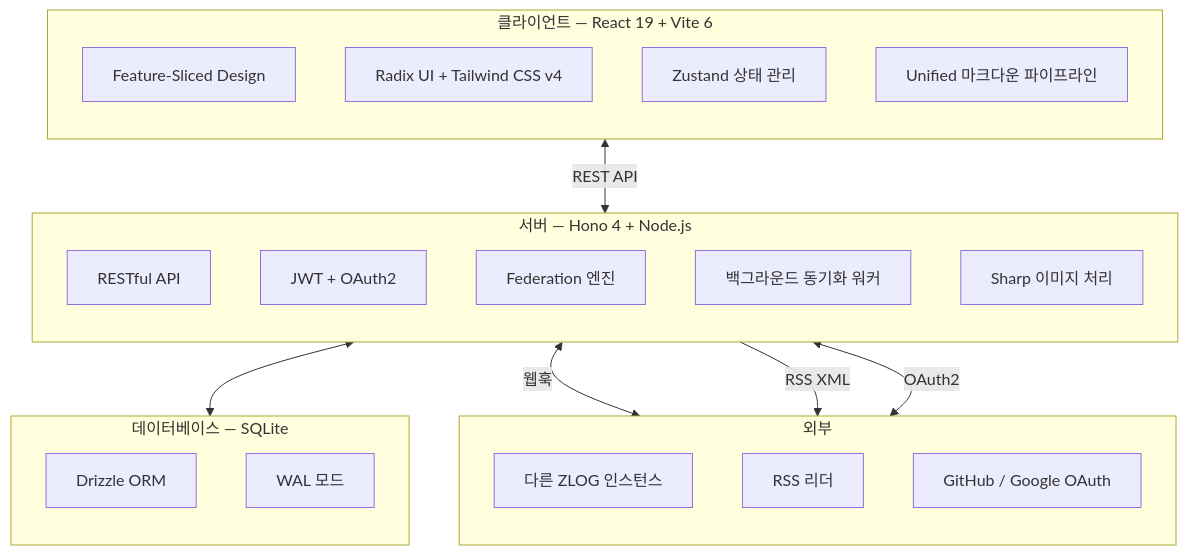
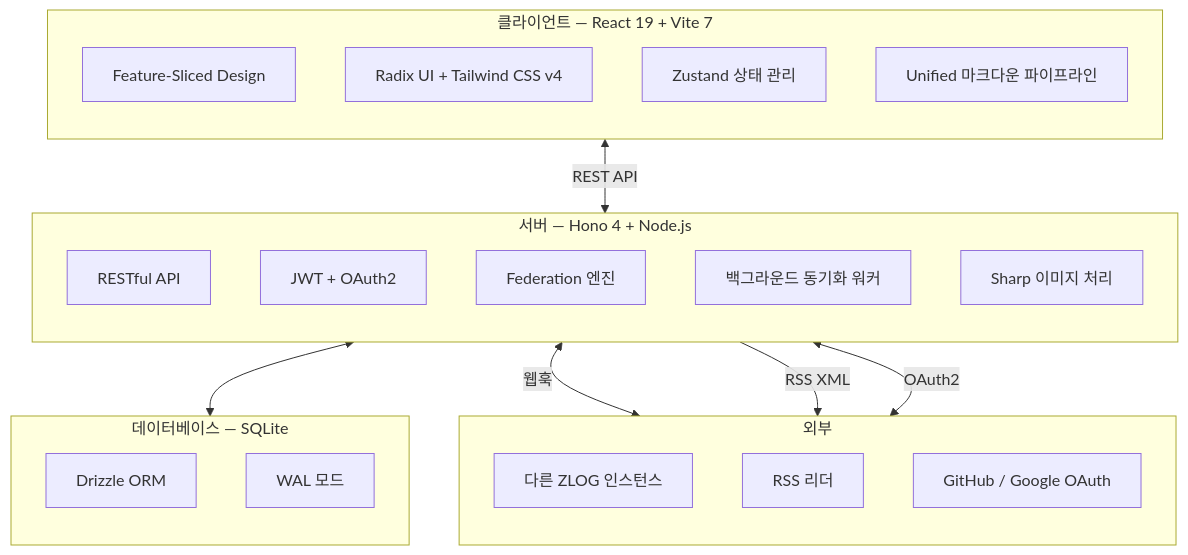
One commit to zebra0303/zlog changed the fourth of 4 diagrams in README.ko.md. Above: the diagram before and after it, drawn with Mermaid. The commit also changed other lines of this file and 1 other file, not shown here.

First line of the commit message:
docs: update system architecture and feature list

````diff
--- a/README.ko.md
+++ b/README.ko.md
@@ -284,38 +290,38 @@
 ```mermaid
 flowchart TB
-    subgraph client [클라이언트 — React 19 + Vite 6]
+    subgraph client [클라이언트 — React 19 + Vite 7]
         direction TB
         FSD[Feature-Sliced Design]
         UI[Radix UI + Tailwind CSS v4]
         State[Zustand 상태 관리]
         MD[Unified 마크다운 파이프라인]
     end
 
     subgraph server [서버 — Hono 4 + Node.js]
         direction TB
         API[RESTful API]
         Auth[JWT + OAuth2]
         Fed[Federation 엔진]
         Sync[백그라운드 동기화 워커]
         Img[Sharp 이미지 처리]
     end
 
     subgraph db [데이터베이스 — SQLite]
         direction TB
         Drizzle[Drizzle ORM]
         WAL[WAL 모드]
     end
 
     subgraph external [외부]
         direction TB
         OtherZlog[다른 ZLOG 인스턴스]
         RSSReaders[RSS 리더]
         OAuth[GitHub / Google OAuth]
     end
 
     client <-->|REST API| server
     server <--> db
     server <-->|웹훅| OtherZlog
     server -->|RSS XML| RSSReaders
     server <-->|OAuth2| OAuth
 ```
````
